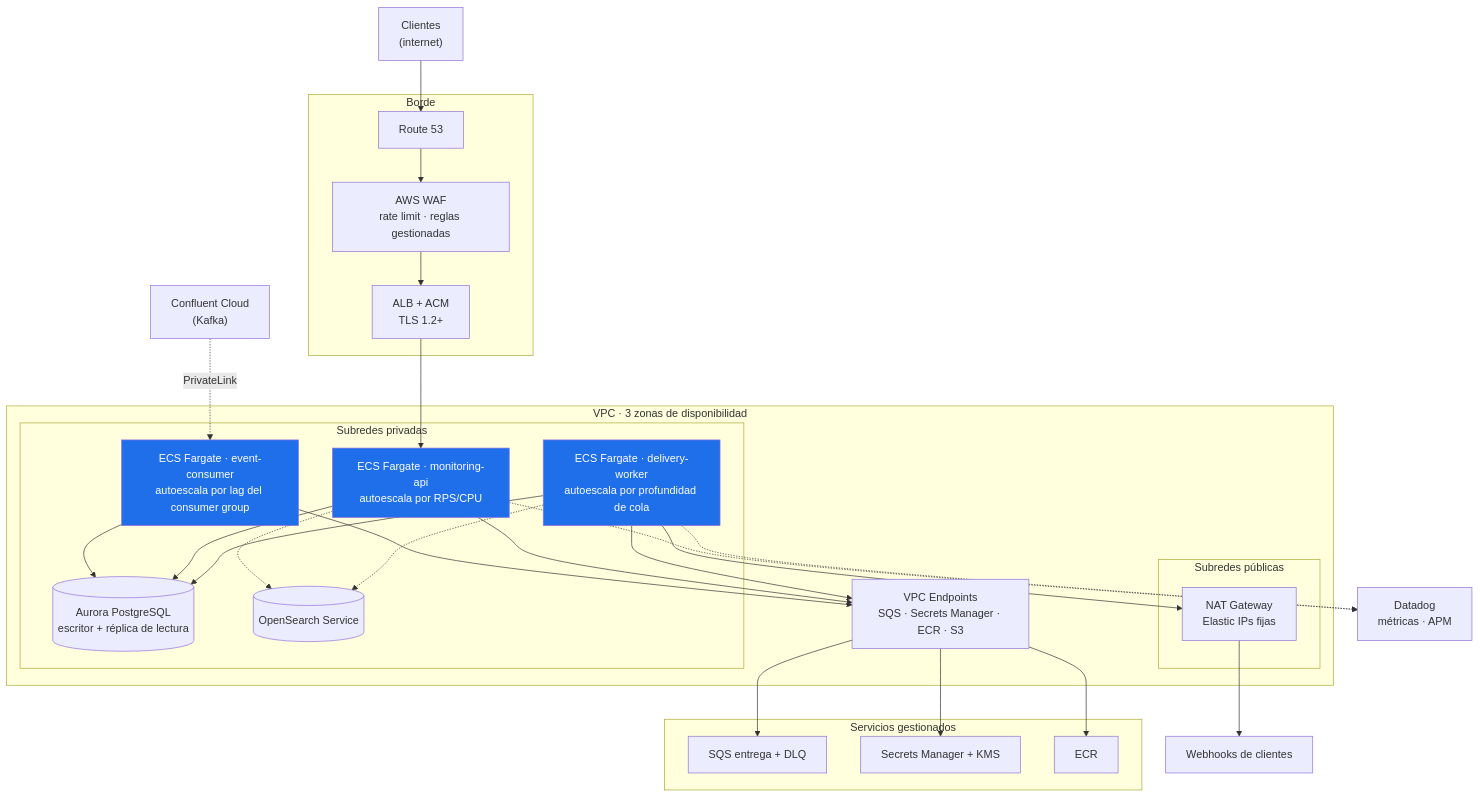
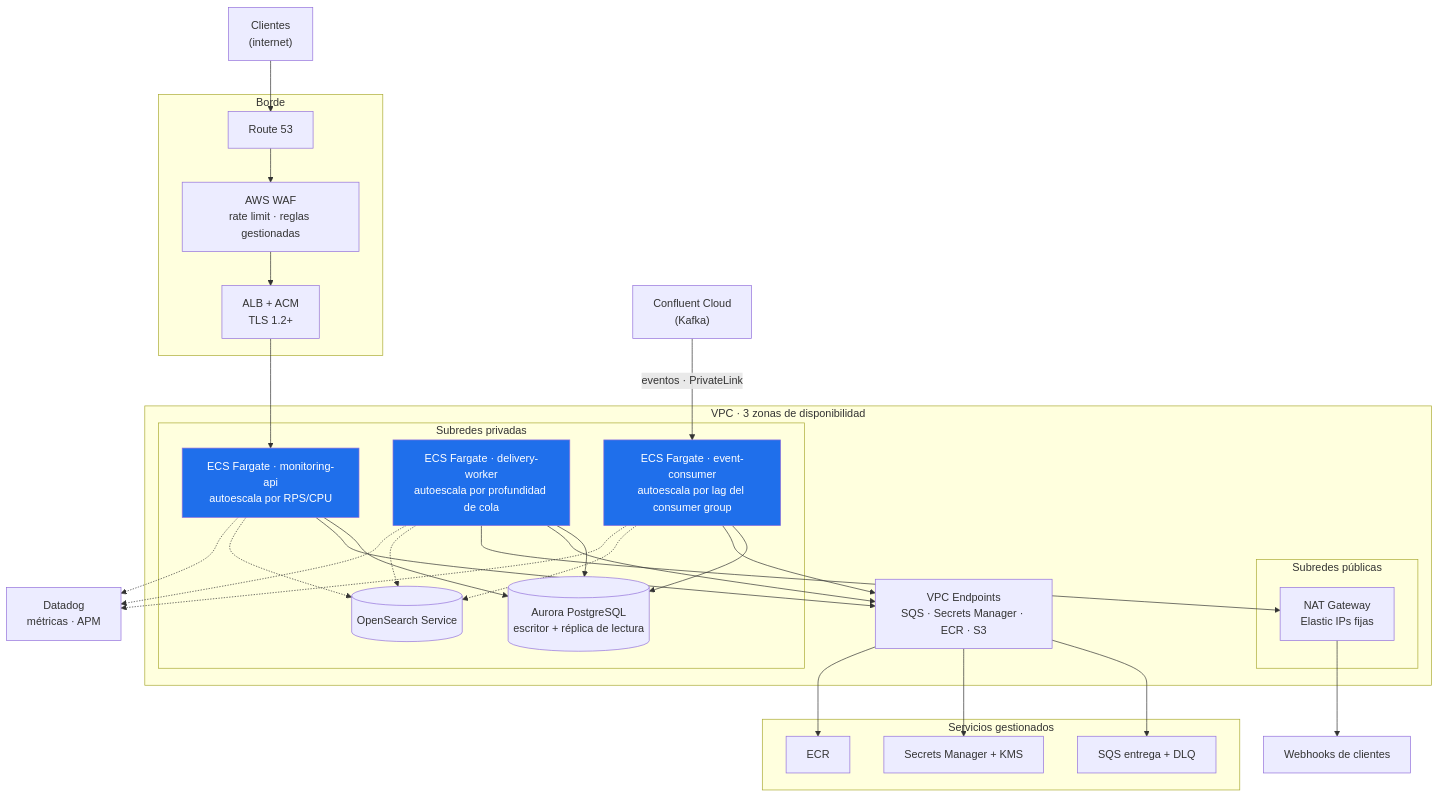
The seventh of 7 diagrams in docs/01-diseno-del-sistema.md (ssalaza7/cobre-notification-delivery), drawn with Mermaid before and after one commit. The commit also changed other lines of this file and 1 other file, not shown here.

First line of the commit message:
docs: unifica la notacion de los diagramas y corrige la derivacion a la DLQ

````diff
--- a/docs/01-diseno-del-sistema.md
+++ b/docs/01-diseno-del-sistema.md
@@ -378,54 +384,56 @@
 ```mermaid
 flowchart TB
     users["Clientes<br/>(internet)"]
 
     subgraph edge["Borde"]
         r53["Route 53"]
         waf["AWS WAF<br/>rate limit · reglas gestionadas"]
         alb["ALB + ACM<br/>TLS 1.2+"]
     end
 
     subgraph vpc["VPC · 3 zonas de disponibilidad"]
         subgraph pub["Subredes públicas"]
             nat["NAT Gateway<br/>Elastic IPs fijas"]
         end
         subgraph priv["Subredes privadas"]
             api["ECS Fargate · monitoring-api<br/>autoescala por RPS/CPU"]
             worker["ECS Fargate · delivery-worker<br/>autoescala por profundidad de cola"]
             consumer["ECS Fargate · event-consumer<br/>autoescala por lag del consumer group"]
             aurora[("Aurora PostgreSQL<br/>escritor + réplica de lectura")]
             os[("OpenSearch Service")]
         end
         vpce["VPC Endpoints<br/>SQS · Secrets Manager · ECR · S3"]
     end
 
     subgraph aws["Servicios gestionados"]
         sqs["SQS entrega + DLQ"]
         sm["Secrets Manager + KMS"]
         ecr["ECR"]
     end
 
     confluent["Confluent Cloud<br/>(Kafka)"]
     hooks["Webhooks de clientes"]
     dd["Datadog<br/>métricas · APM"]
 
     users --> r53 --> waf --> alb --> api
-    confluent -. "PrivateLink" .-> consumer
+    confluent -- "eventos · PrivateLink" --> consumer
     consumer --> aurora
     consumer --> vpce
     api --> aurora
     worker --> aurora
     api --> vpce --> sqs
     worker --> vpce
     vpce --> sm
     vpce --> ecr
     worker --> nat --> hooks
     api -.-> os
     worker -.-> os
+    consumer -.-> os
     api -.-> dd
     worker -.-> dd
+    consumer -.-> dd
 
     style api fill:#1f6feb,color:#fff
     style worker fill:#1f6feb,color:#fff
     style consumer fill:#1f6feb,color:#fff
 ```
````
